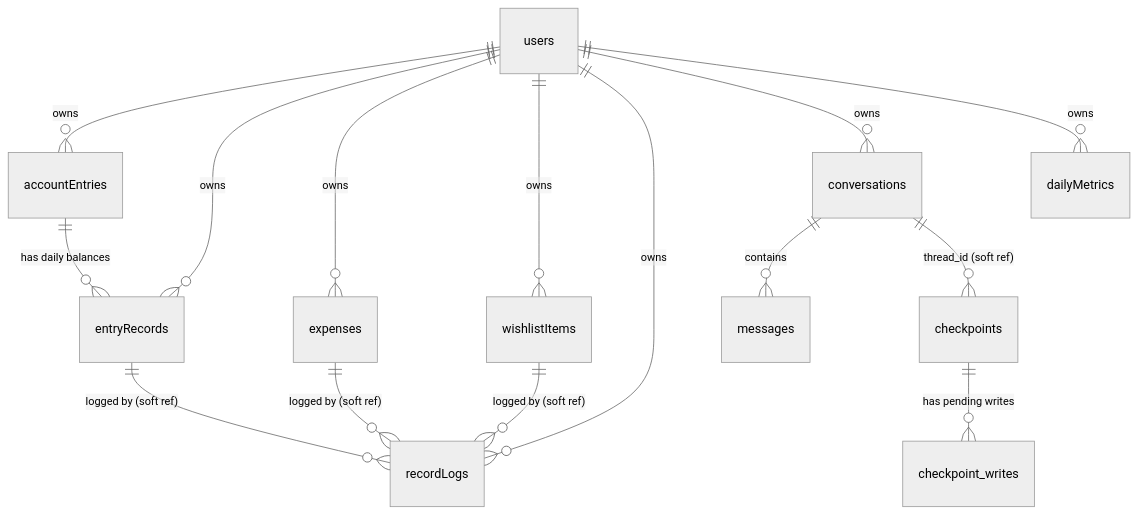
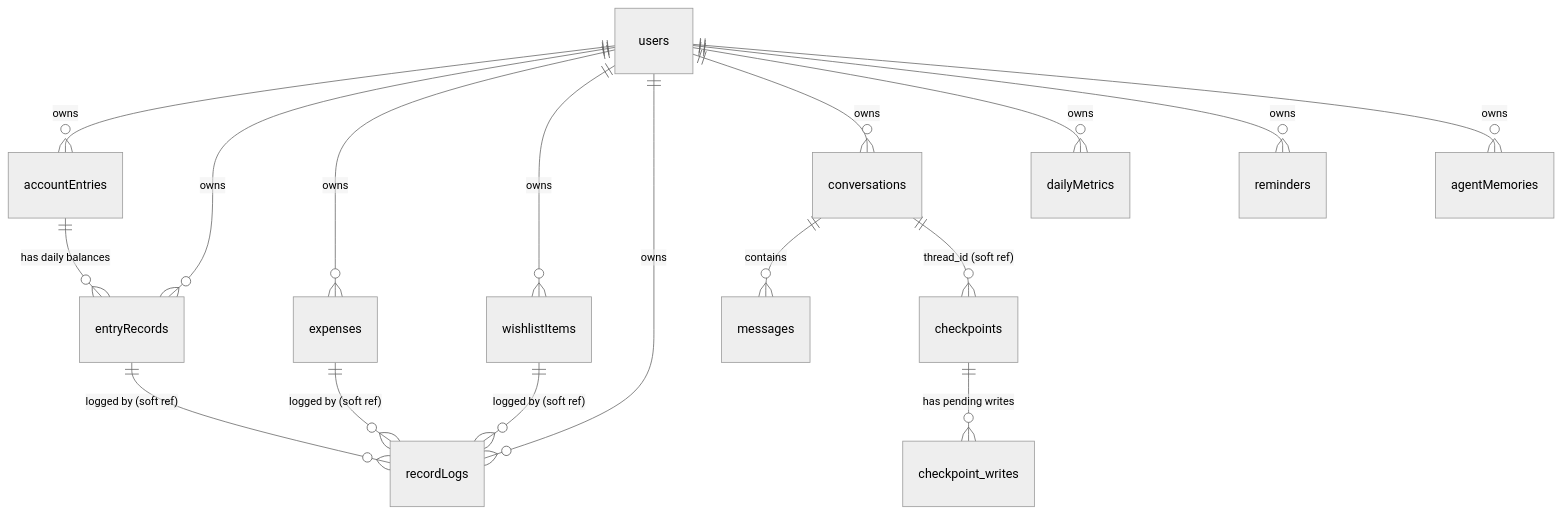
Before and after one commit to junielo/savvist-junielo: the diagram in docs/DATABASE.md, drawn with Mermaid (neutral theme). The commit also changed other lines of this file and 1 other file, not shown here.

First line of the commit message:
docs: update chat assistant architecture documentation

````diff
--- a/docs/DATABASE.md
+++ b/docs/DATABASE.md
@@ -48,17 +52,19 @@
 ```mermaid
 erDiagram
     users ||--o{ accountEntries : owns
     users ||--o{ entryRecords : owns
     users ||--o{ expenses : owns
     users ||--o{ wishlistItems : owns
     users ||--o{ recordLogs : owns
     users ||--o{ conversations : owns
     users ||--o{ dailyMetrics : owns
+    users ||--o{ reminders : owns
+    users ||--o{ agentMemories : owns
     accountEntries ||--o{ entryRecords : "has daily balances"
     conversations ||--o{ messages : contains
     conversations ||--o{ checkpoints : "thread_id (soft ref)"
     checkpoints ||--o{ checkpoint_writes : "has pending writes"
     entryRecords ||--o{ recordLogs : "logged by (soft ref)"
     expenses ||--o{ recordLogs : "logged by (soft ref)"
     wishlistItems ||--o{ recordLogs : "logged by (soft ref)"
 ```
````
